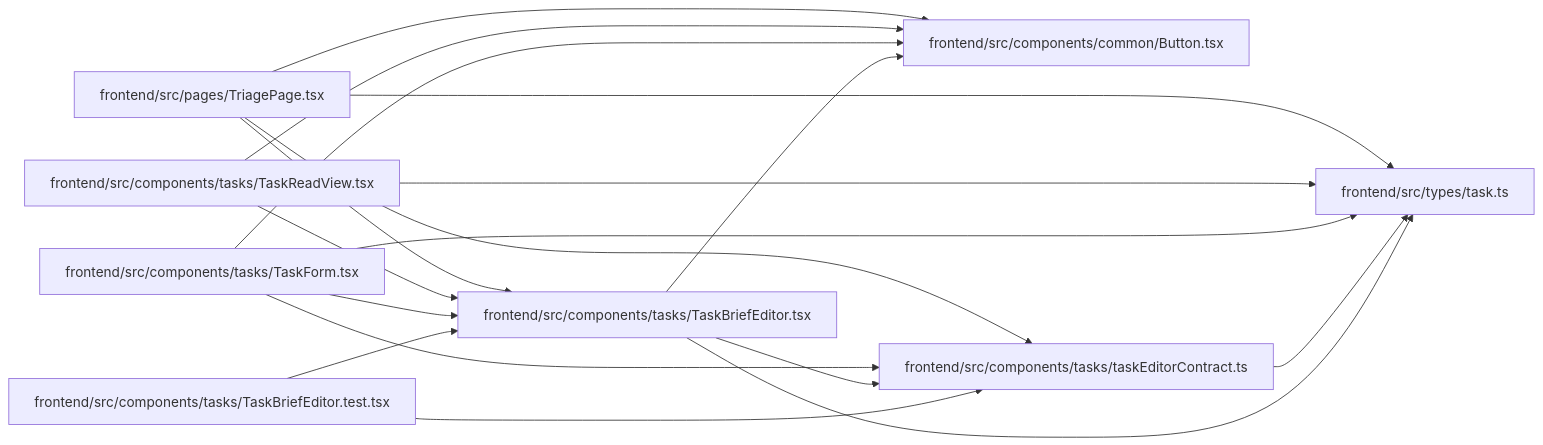
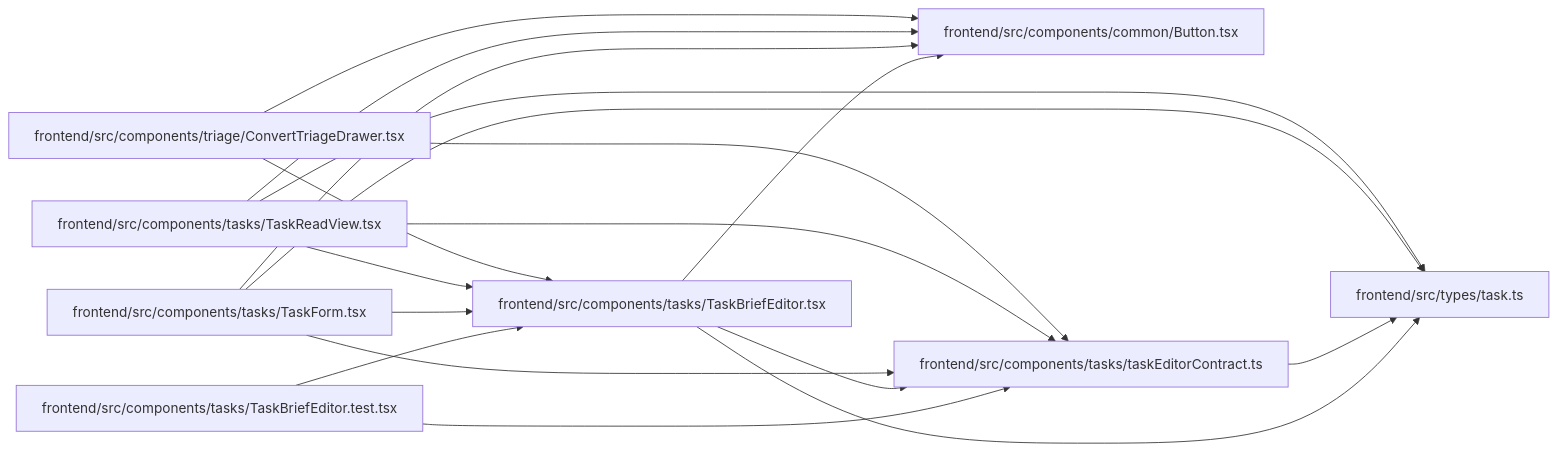
One commit to Denissvgn/WorkChord changed the diagram in docs/llm_wiki/modules/TaskBriefEditor.md. Above: the diagram before and after it, drawn with Mermaid. The commit also changed other lines of this file and 2373 other files, not shown here.

````diff
--- a/docs/llm_wiki/modules/TaskBriefEditor.md
+++ b/docs/llm_wiki/modules/TaskBriefEditor.md
@@ -31,36 +32,36 @@
 ```mermaid
 flowchart LR
     n0["frontend/src/components/common/Button.tsx"]
     n1["frontend/src/components/tasks/TaskBriefEditor.test.tsx"]
     n2["frontend/src/components/tasks/TaskBriefEditor.tsx"]
     n3["frontend/src/components/tasks/taskEditorContract.ts"]
     n4["frontend/src/components/tasks/TaskForm.tsx"]
     n5["frontend/src/components/tasks/TaskReadView.tsx"]
-    n6["frontend/src/pages/TriagePage.tsx"]
+    n6["frontend/src/components/triage/ConvertTriageDrawer.tsx"]
     n7["frontend/src/types/task.ts"]
     n1 --> n2
     n1 --> n3
     n2 --> n0
     n2 --> n3
     n2 --> n7
     n3 --> n7
     n4 --> n0
     n4 --> n2
     n4 --> n3
     n4 --> n7
     n5 --> n0
     n5 --> n2
+    n5 --> n3
     n5 --> n7
     n6 --> n0
     n6 --> n2
     n6 --> n3
-    n6 --> n7
     click n0 "../modules/Button.md"
     click n1 "../modules/TaskBriefEditor.test.md"
     click n2 "../modules/TaskBriefEditor.md"
     click n3 "../modules/taskEditorContract.md"
     click n4 "../modules/TaskForm.md"
     click n5 "../modules/TaskReadView.md"
-    click n6 "../modules/TriagePage.md"
+    click n6 "../modules/ConvertTriageDrawer.md"
     click n7 "../modules/types_task.md"
 ```
````
